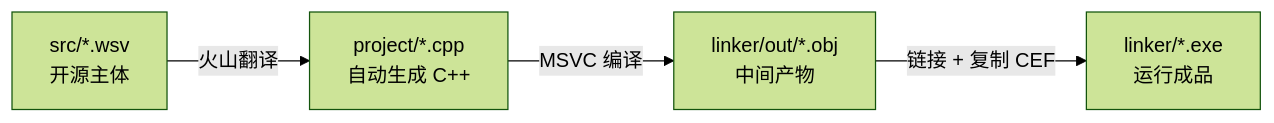
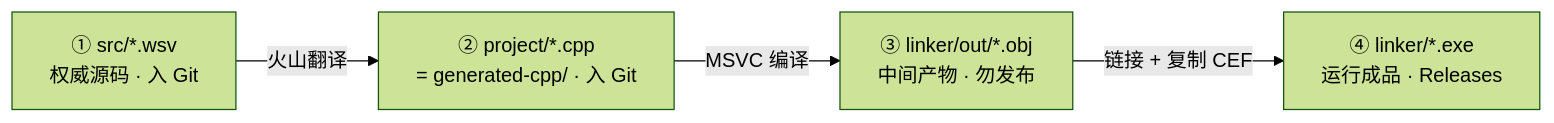
The second of 2 diagrams in README.md (AI-XiaoDao/ai-browser-mcp), drawn with Mermaid (forest theme) before and after one commit. The commit also changed other lines of this file and 4 other files, not shown here.

````diff
--- a/README.md
+++ b/README.md
@@ -133,11 +109,11 @@
 ```mermaid
 flowchart LR
-  WSV["src/*.wsv\n开源主体"]
-  PROJ["project/*.cpp\n自动生成 C++"]
-  OUT["linker/out/*.obj\n中间产物"]
-  LINK["linker/*.exe\n运行成品"]
+  A["① src/*.wsv\n权威源码 · 入 Git"]
+  B["② project/*.cpp\n= generated-cpp/ · 入 Git"]
+  C["③ linker/out/*.obj\n中间产物 · 勿发布"]
+  D["④ linker/*.exe\n运行成品 · Releases"]
 
-  WSV -->|火山翻译| PROJ
-  PROJ -->|MSVC 编译| OUT
-  OUT -->|链接 + 复制 CEF| LINK
+  A -->|火山翻译| B
+  B -->|MSVC 编译| C
+  C -->|链接 + 复制 CEF| D
 ```
````
